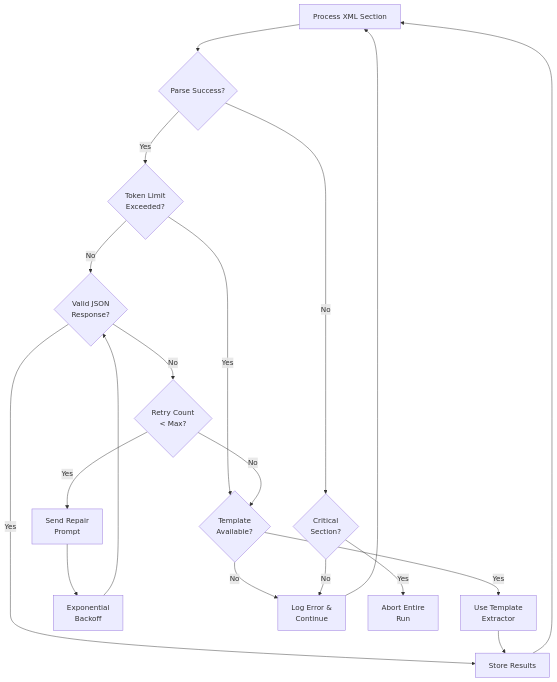
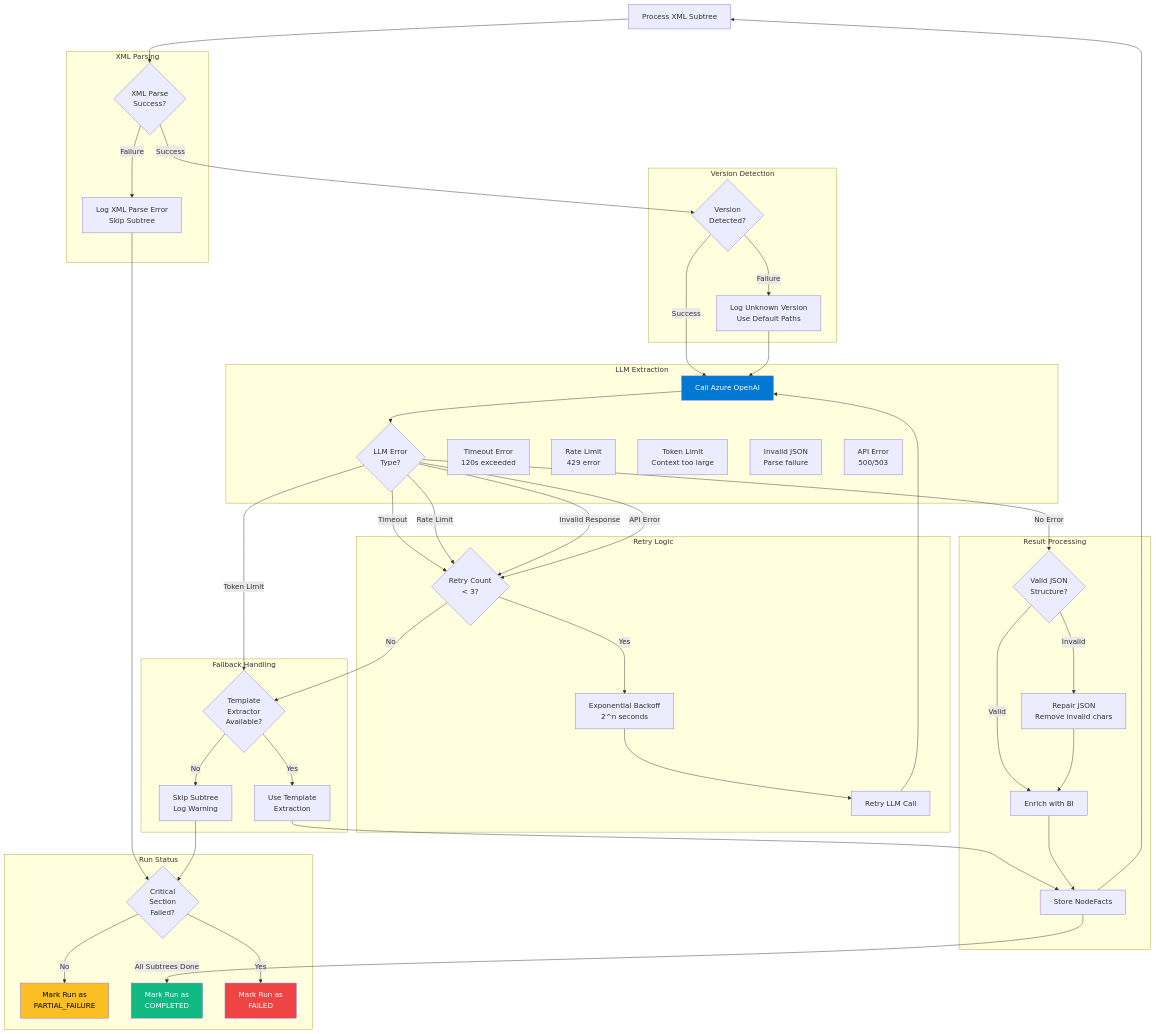
Before and after one commit to nikhil-codes-hub/ad_revamped: the tenth of 11 diagrams in docs/System_Diagrams.md, drawn with Mermaid. The commit also changed other lines of this file, not shown here.

````diff
--- a/docs/System_Diagrams.md
+++ b/docs/System_Diagrams.md
@@ -273,46 +969,94 @@
 ```mermaid
 flowchart TD
-    Start[Process XML Section]
-    Parse{Parse Success?}
-    TokenLimit{Token Limit<br/>Exceeded?}
-    JSONValid{Valid JSON<br/>Response?}
-    Retry{Retry Count<br/>< Max?}
+    Start[Process XML Subtree]
 
-    TemplateAvail{Template<br/>Available?}
-    UseTemplate[Use Template<br/>Extractor]
+    subgraph "XML Parsing"
+        ParseXML{XML Parse<br/>Success?}
+        XMLError[Log XML Parse Error<br/>Skip Subtree]
+    end
 
-    RepairPrompt[Send Repair<br/>Prompt]
-    Backoff[Exponential<br/>Backoff]
+    subgraph "Version Detection"
+        DetectVer{Version<br/>Detected?}
+        UnknownVer[Log Unknown Version<br/>Use Default Paths]
+    end
 
-    Success[Store Results]
-    Fail[Log Error &<br/>Continue]
-    Critical{Critical<br/>Section?}
-    AbortRun[Abort Entire<br/>Run]
+    subgraph "LLM Extraction"
+        CallLLM[Call Azure OpenAI]
+        LLMError{LLM Error<br/>Type?}
 
-    Start --> Parse
-    Parse -->|Yes| TokenLimit
-    Parse -->|No| Critical
+        Timeout[Timeout Error<br/>120s exceeded]
+        RateLimit[Rate Limit<br/>429 error]
+        TokenLimit[Token Limit<br/>Context too large]
+        InvalidResp[Invalid JSON<br/>Parse failure]
+        APIError[API Error<br/>500/503]
+    end
 
-    TokenLimit -->|Yes| TemplateAvail
-    TokenLimit -->|No| JSONValid
+    subgraph "Retry Logic"
+        RetryCount{Retry Count<br/>< 3?}
+        ExpBackoff[Exponential Backoff<br/>2^n seconds]
+        RetryLLM[Retry LLM Call]
+    end
+
+    subgraph "Fallback Handling"
+        TemplateAvail{Template<br/>Extractor<br/>Available?}
+        UseTemplate[Use Template<br/>Extraction]
+        SkipSubtree[Skip Subtree<br/>Log Warning]
+    end
+
+    subgraph "Result Processing"
+        ValidateJSON{Valid JSON<br/>Structure?}
+        RepairJSON[Repair JSON<br/>Remove invalid chars]
+        EnrichFacts[Enrich with BI]
+        StoreFacts[Store NodeFacts]
+    end
+
+    subgraph "Run Status"
+        CheckCritical{Critical<br/>Section<br/>Failed?}
+        PartialFailure[Mark Run as<br/>PARTIAL_FAILURE]
+        CompletedOK[Mark Run as<br/>COMPLETED]
+        Failed[Mark Run as<br/>FAILED]
+    end
+
+    Start --> ParseXML
+    ParseXML -->|Success| DetectVer
+    ParseXML -->|Failure| XMLError --> CheckCritical
+
+    DetectVer -->|Success| CallLLM
+    DetectVer -->|Failure| UnknownVer --> CallLLM
+
+    CallLLM --> LLMError
+    LLMError -->|No Error| ValidateJSON
+    LLMError -->|Timeout| RetryCount
+    LLMError -->|Rate Limit| RetryCount
+    LLMError -->|Token Limit| TemplateAvail
+    LLMError -->|Invalid Response| RetryCount
+    LLMError -->|API Error| RetryCount
+
+    RetryCount -->|Yes| ExpBackoff
+    RetryCount -->|No| TemplateAvail
+
+    ExpBackoff --> RetryLLM
+    RetryLLM --> CallLLM
 
     TemplateAvail -->|Yes| UseTemplate
-    TemplateAvail -->|No| Fail
+    TemplateAvail -->|No| SkipSubtree
 
-    JSONValid -->|Yes| Success
-    JSONValid -->|No| Retry
+    UseTemplate --> StoreFacts
+    SkipSubtree --> CheckCritical
 
-    Retry -->|Yes| RepairPrompt
-    Retry -->|No| TemplateAvail
+    ValidateJSON -->|Valid| EnrichFacts
+    ValidateJSON -->|Invalid| RepairJSON
+    RepairJSON --> EnrichFacts
 
-    RepairPrompt --> Backoff
-    Backoff --> JSONValid
+    EnrichFacts --> StoreFacts
+    StoreFacts --> Start
 
-    UseTemplate --> Success
+    CheckCritical -->|Yes| Failed
+    CheckCritical -->|No| PartialFailure
+    StoreFacts -->|All Subtrees Done| CompletedOK
 
-    Critical -->|Yes| AbortRun
-    Critical -->|No| Fail
-
-    Success --> Start
-    Fail --> Start
+    style Failed fill:#ef4444,color:#fff
+    style PartialFailure fill:#fbbf24,color:#000
+    style CompletedOK fill:#10b981,color:#fff
+    style CallLLM fill:#0078D4,color:#fff
 ```
````
